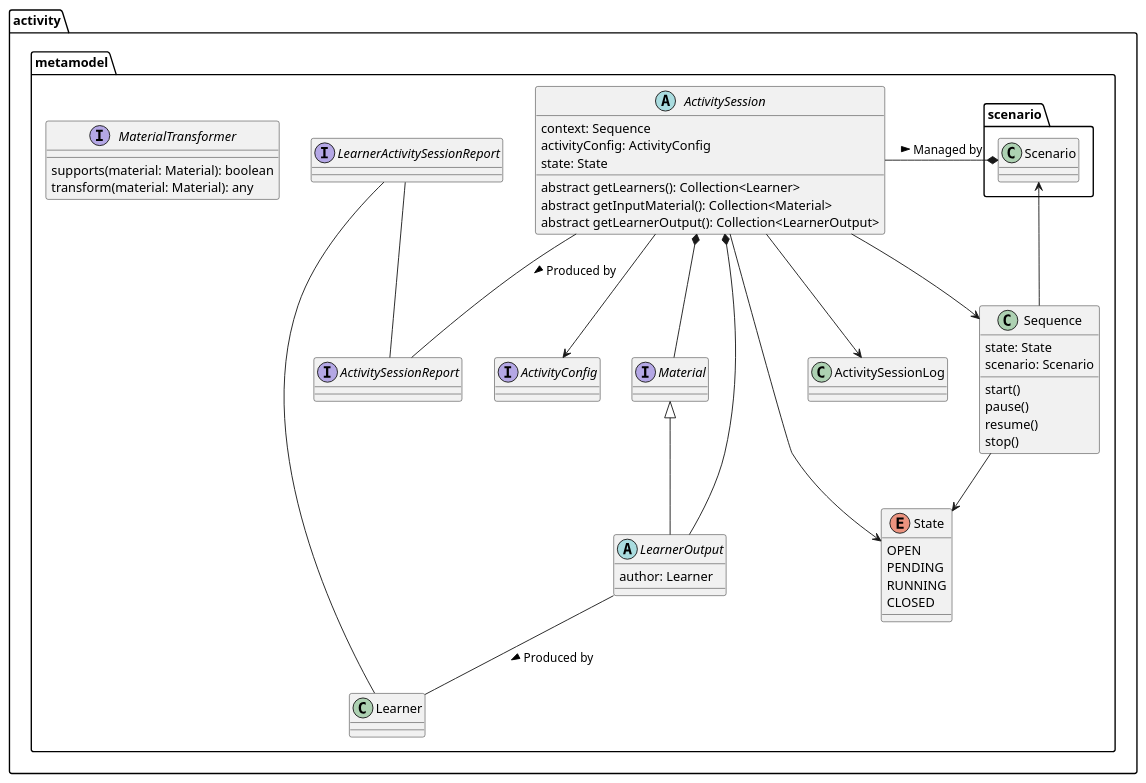
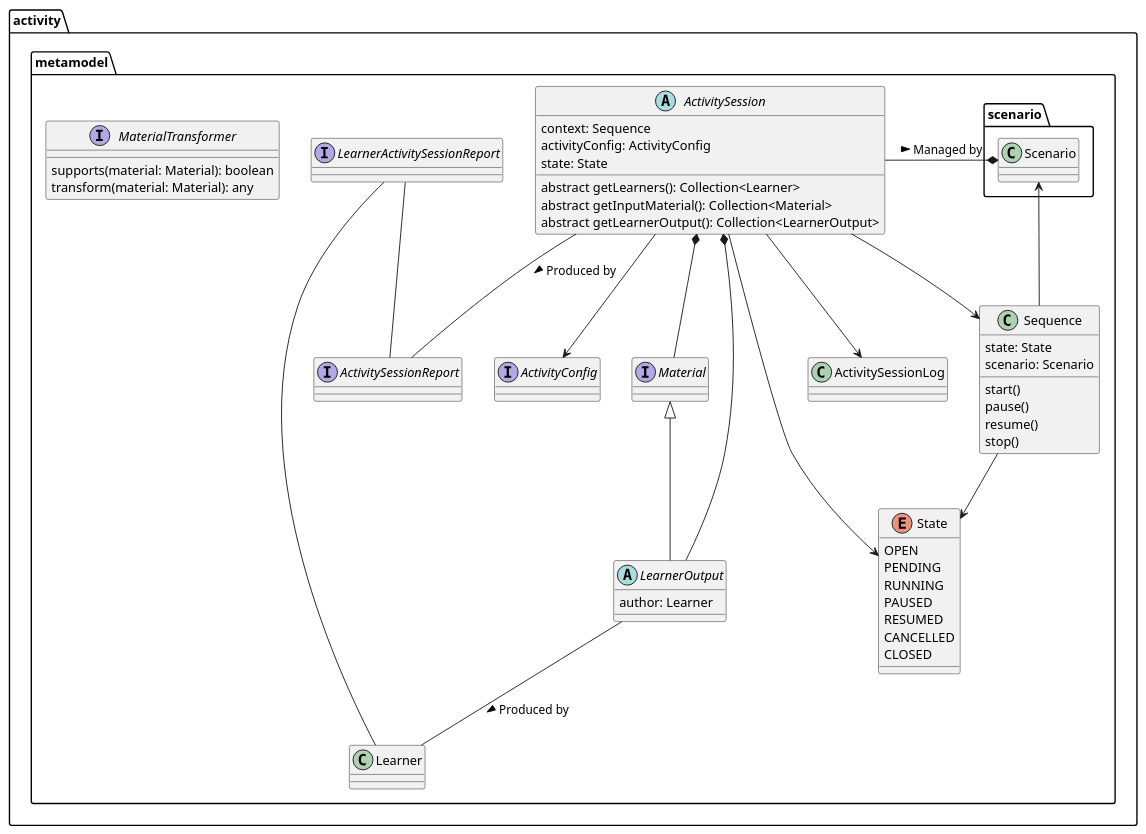
One commit to elaastic/ElaastiX changed the diagram in docs/technical/uml/activity-metamodel.puml. Above: the diagram before and after it, drawn with PlantUML.

Commit message:
doc(model): Enrich "State" with PAUSED, RESUMED and CANCELLED

```diff
--- a/docs/technical/uml/activity-metamodel.puml
+++ b/docs/technical/uml/activity-metamodel.puml
@@ -1,67 +1,70 @@
 @startuml
 'https://plantuml.com/class-diagram
 
 package activity.metamodel {
-    class Sequence {
+    class  Sequence {
         state: State
         scenario: Scenario
         start()
         pause()
         resume()
         stop()
     }
 
     enum State {
         OPEN
         PENDING
         RUNNING
+        PAUSED
+        RESUMED
+        CANCELLED
         CLOSED
     }
 
     Sequence --> State
     Sequence --> scenario.Scenario
 
     Scenario *- ActivitySession : Managed by <
 
     abstract class ActivitySession {
         context: Sequence
         activityConfig: ActivityConfig
         state: State
         abstract getLearners(): Collection<Learner>
         abstract getInputMaterial(): Collection<Material>
         abstract getLearnerOutput(): Collection<LearnerOutput>
     }
 
     class ActivitySessionLog
 
     ActivitySession --> Sequence
     ActivitySession -- ActivitySessionReport : Produced by >
     ActivitySession --> State
     ActivitySession --> ActivitySessionLog
     ActivitySession --> ActivityConfig
     ActivitySession *-- LearnerOutput
     ActivitySession *-- Material
 
     interface ActivitySessionReport
     interface LearnerActivitySessionReport
 
     LearnerActivitySessionReport -- Learner
     LearnerActivitySessionReport -- ActivitySessionReport
 
     interface ActivityConfig
 
     interface Material
 
     abstract class LearnerOutput extends Material {
         author: Learner
     }
 
     LearnerOutput -- Learner : Produced by >
 
     interface MaterialTransformer {
         supports(material: Material): boolean
         transform(material: Material): any
     }
 
 }
 @enduml
```
